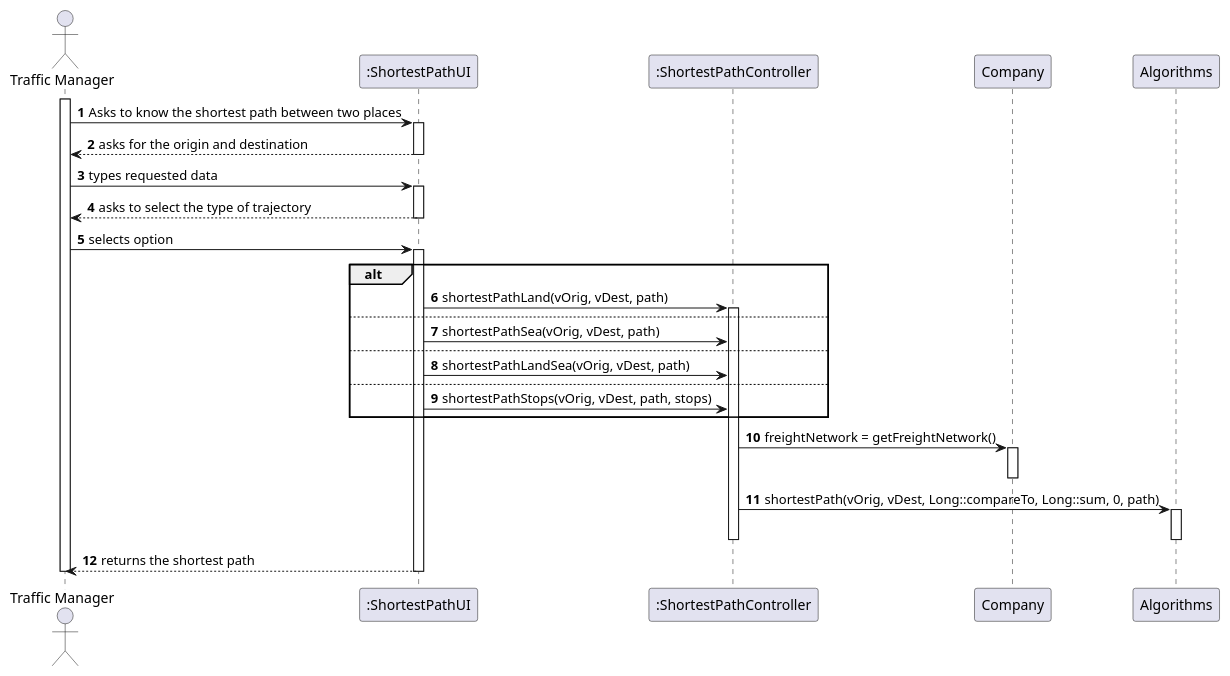
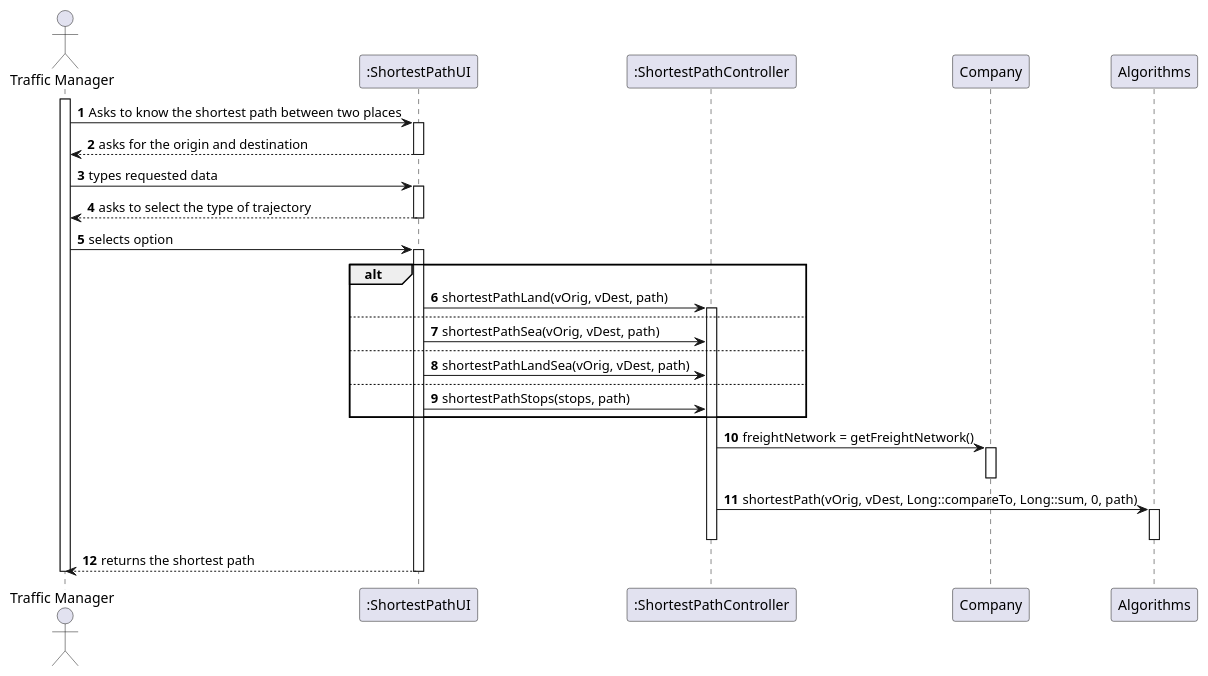
One commit to 1190772/LAB-Project-3 changed the diagram in docs/Sprint 4/US/US402/US402_SD.puml. Above: the diagram before and after it, drawn with PlantUML. The commit also changed 5 other files, not shown here.

```diff
--- a/docs/Sprint 4/US/US402/US402_SD.puml
+++ b/docs/Sprint 4/US/US402/US402_SD.puml
@@ -1,52 +1,52 @@
 @startuml
 'https://plantuml.com/sequence-diagram
 
 autonumber
 
 actor "Traffic Manager" as TM
 
 participant ":ShortestPathUI" as UI
 participant ":ShortestPathController" as CTRL
 participant "Company" as C
 participant "Algorithms" as ALG
 
 activate TM
 TM -> UI : Asks to know the shortest path between two places
 
 activate UI
 UI --> TM : asks for the origin and destination
 deactivate UI
 
 TM -> UI : types requested data
 
 activate UI
 UI --> TM : asks to select the type of trajectory
 deactivate UI
 
 TM -> UI : selects option
 
 alt
 activate UI
 UI -> CTRL : shortestPathLand(vOrig, vDest, path)
 activate CTRL
 else
 UI -> CTRL : shortestPathSea(vOrig, vDest, path)
 else
 UI -> CTRL : shortestPathLandSea(vOrig, vDest, path)
 else
-UI -> CTRL : shortestPathStops(vOrig, vDest, path, stops)
+UI -> CTRL : shortestPathStops(stops, path)
 end
 
 CTRL -> C : freightNetwork = getFreightNetwork()
 activate C
 deactivate C
 
 CTRL -> ALG : shortestPath(vOrig, vDest, Long::compareTo, Long::sum, 0, path)
 activate ALG
 deactivate ALG
 deactivate CTRL
 
 UI --> TM : returns the shortest path
 deactivate UI
 deactivate TM
 @enduml
```
